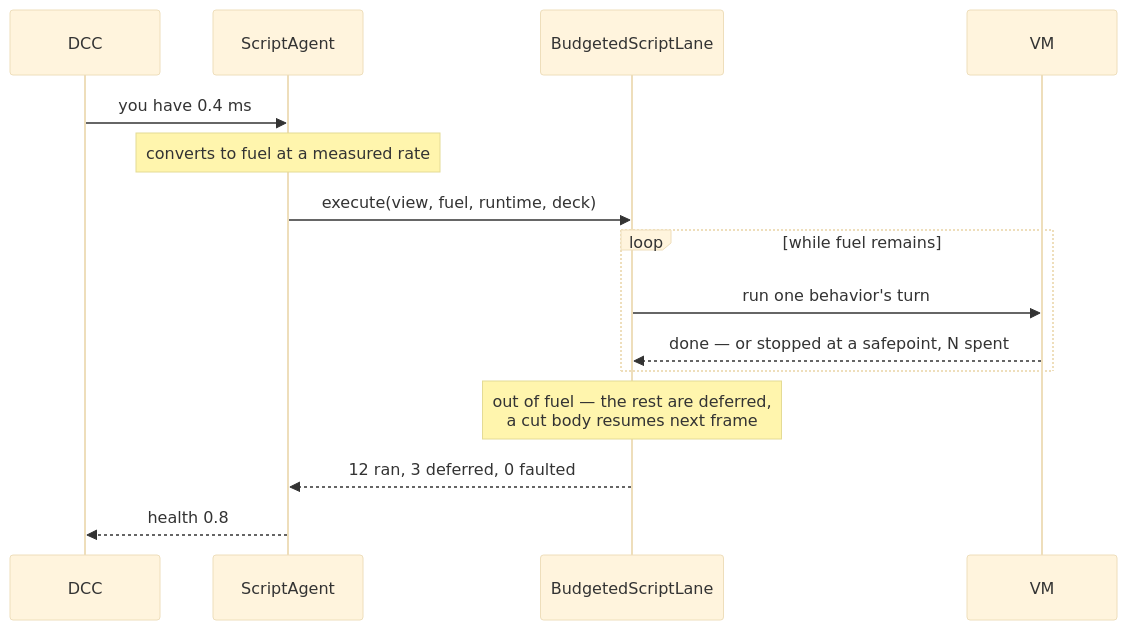
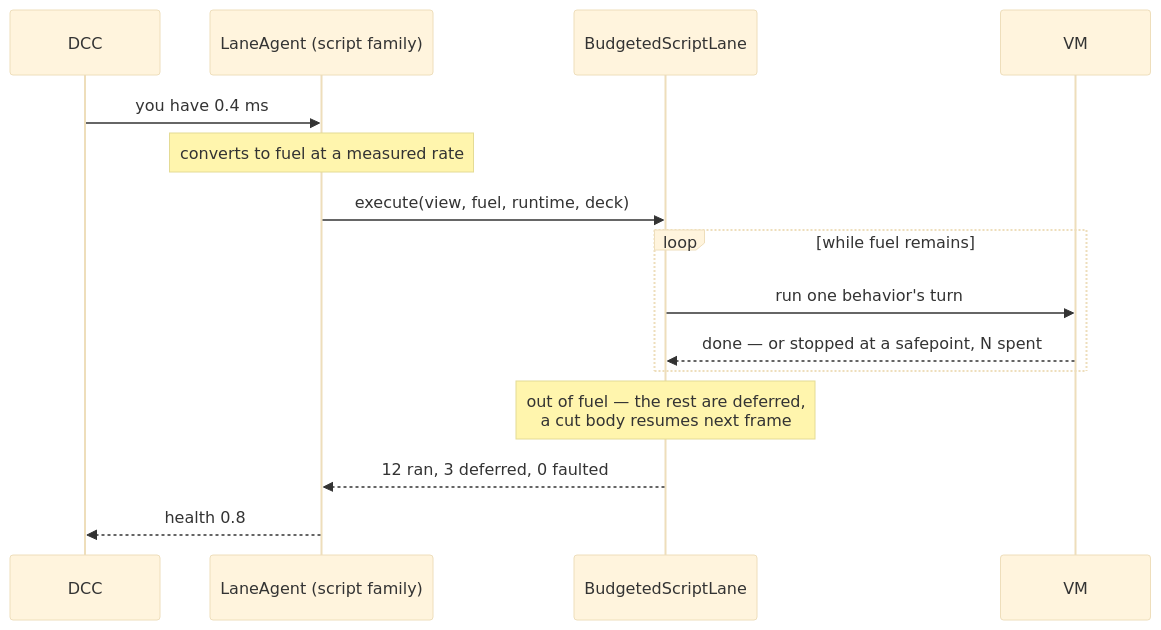
One commit to eraflo/KhoraEngine changed the diagram in docs/src/concepts/scripting/under-the-hood.md. Above: the diagram before and after it, drawn with Mermaid (base theme). The commit also changed other lines of this file and 69 other files, not shown here.

First line of the commit message:
fix(agents): scripting is a family, and the engine's last hand-written agent is gone

````diff
--- a/docs/src/concepts/scripting/under-the-hood.md
+++ b/docs/src/concepts/scripting/under-the-hood.md
@@ -23,18 +23,18 @@
 ```mermaid
 sequenceDiagram
     participant DCC
-    participant Agent as ScriptAgent
+    participant Agent as LaneAgent (script family)
     participant Lane as BudgetedScriptLane
     participant VM
 
     DCC->>Agent: you have 0.4 ms
     Note over Agent: converts to fuel at a measured rate
     Agent->>Lane: execute(view, fuel, runtime, deck)
     loop while fuel remains
         Lane->>VM: run one behavior's turn
         VM-->>Lane: done — or stopped at a safepoint, N spent
     end
     Note over Lane: out of fuel — the rest are deferred,<br/>a cut body resumes next frame
     Lane-->>Agent: 12 ran, 3 deferred, 0 faulted
     Agent-->>DCC: health 0.8
 ```
````
